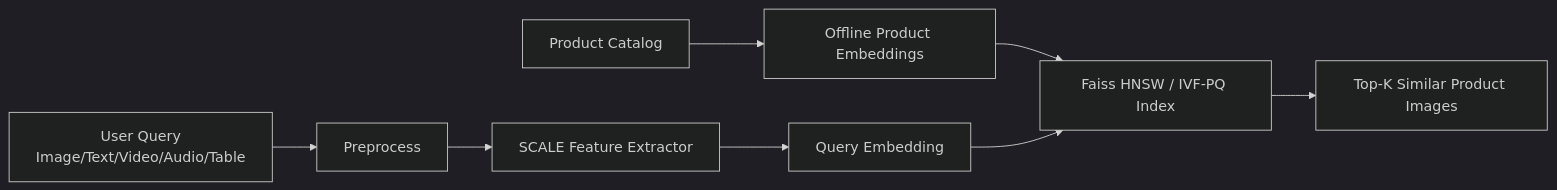
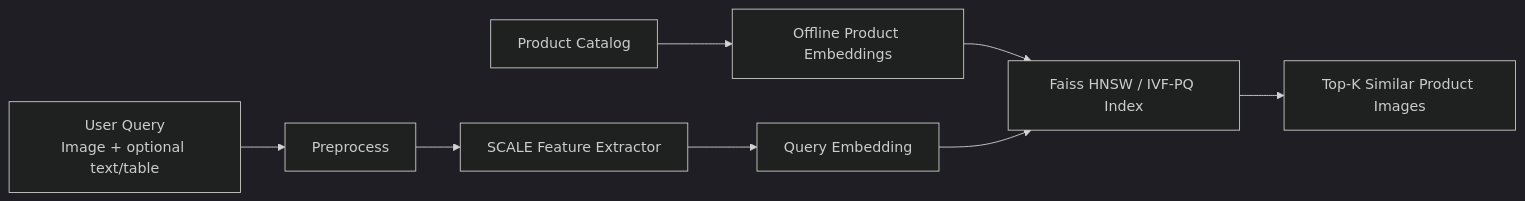
The diagram in docs/proposal/01_Background.md (Computer-Vision-HCMUS/Product-Ecommerce-Image-Retrieval), drawn with Mermaid (dark theme) before and after one commit. The commit also changed other lines of this file and 15 other files, not shown here.

````diff
--- a/docs/proposal/01_Background.md
+++ b/docs/proposal/01_Background.md
@@ -40,10 +38,10 @@
 ```mermaid
 flowchart LR
-    Q["User Query<br/>Image/Text/Video/Audio/Table"] --> P["Preprocess"]
+    Q["User Query<br/>Image + optional text/table"] --> P["Preprocess"]
     P --> E["SCALE Feature Extractor"]
     E --> V["Query Embedding"]
     C["Product Catalog"] --> CE["Offline Product Embeddings"]
     CE --> I["Faiss HNSW / IVF-PQ Index"]
     V --> I
     I --> R["Top-K Similar Product Images"]
 ```
````
